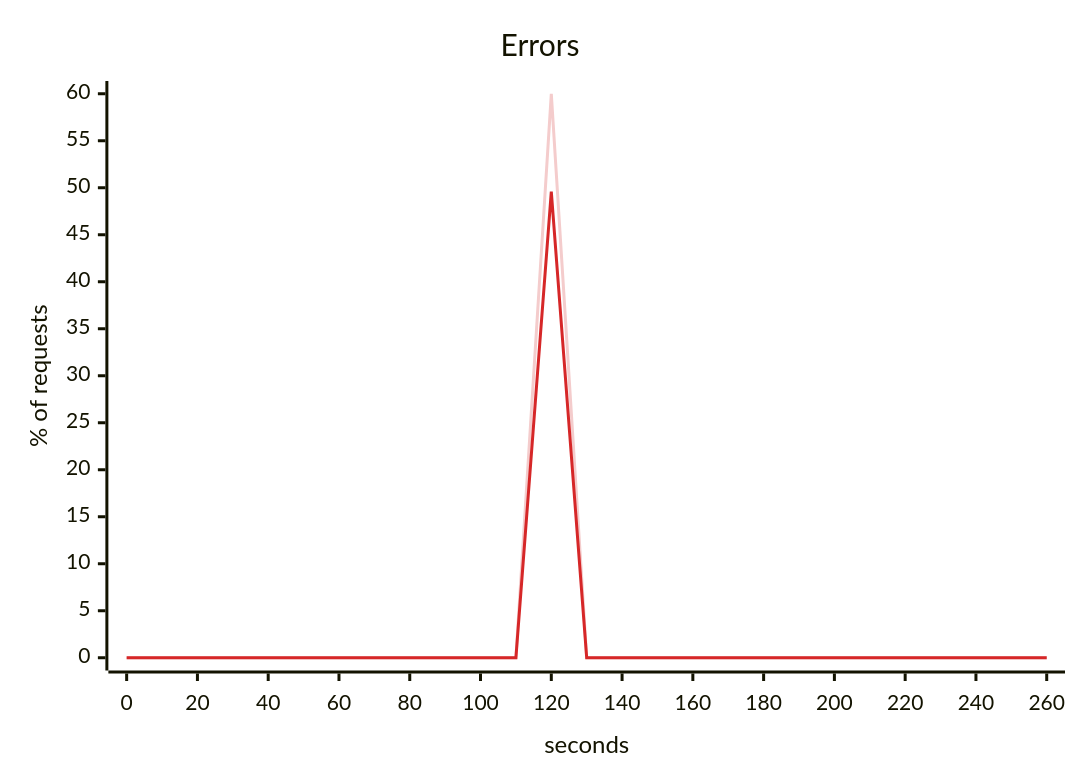
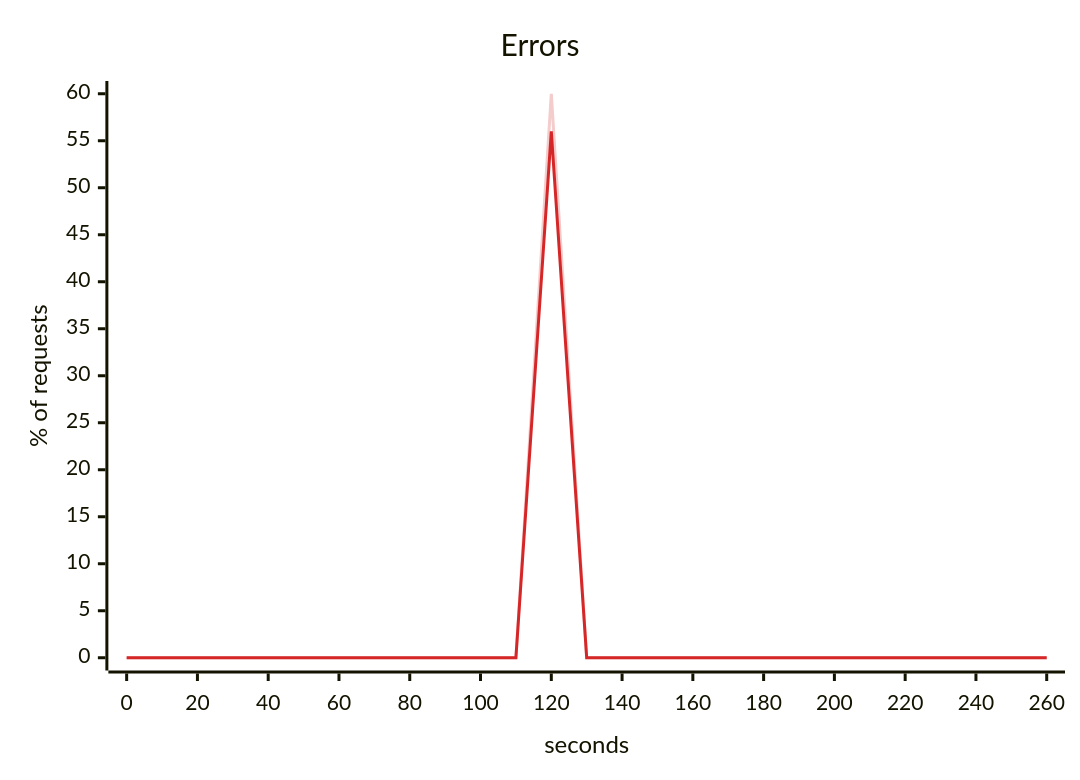
The fourth of 5 diagrams in scenarios/slow-dependency/solutions/fewer-retries/report.md (akinfemi/load-lore), drawn with Mermaid before and after one commit. The commit also changed other lines of this file and 23 other files, not shown here.

````diff
--- a/scenarios/slow-dependency/solutions/fewer-retries/report.md
+++ b/scenarios/slow-dependency/solutions/fewer-retries/report.md
@@ -75,15 +75,15 @@
 ```mermaid
 ---
 config:
   themeVariables:
     xyChart:
       backgroundColor: "transparent"
       plotColorPalette: "#f4cccc, #d62728"
 ---
 xychart-beta
     title "Errors"
     x-axis "seconds" 0 --> 260
     y-axis "% of requests" 0 --> 60
     line [0, 0, 0, 0, 0, 0, 0, 0, 0, 0, 0, 0, 60, 0, 0, 0, 0, 0, 0, 0, 0, 0, 0, 0, 0, 0, 0]
-    line [0, 0, 0, 0, 0, 0, 0, 0, 0, 0, 0, 0, 49.593, 0, 0, 0, 0, 0, 0, 0, 0, 0, 0, 0, 0, 0, 0]
+    line [0, 0, 0, 0, 0, 0, 0, 0, 0, 0, 0, 0, 55.999, 0, 0, 0, 0, 0, 0, 0, 0, 0, 0, 0, 0, 0, 0]
 ```
````
